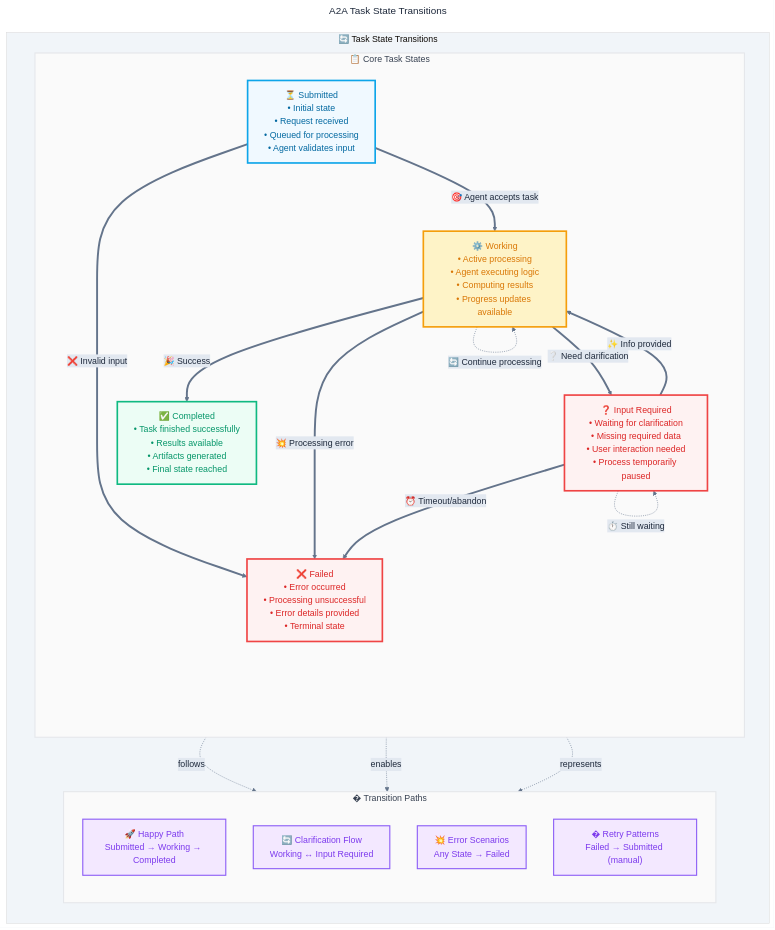
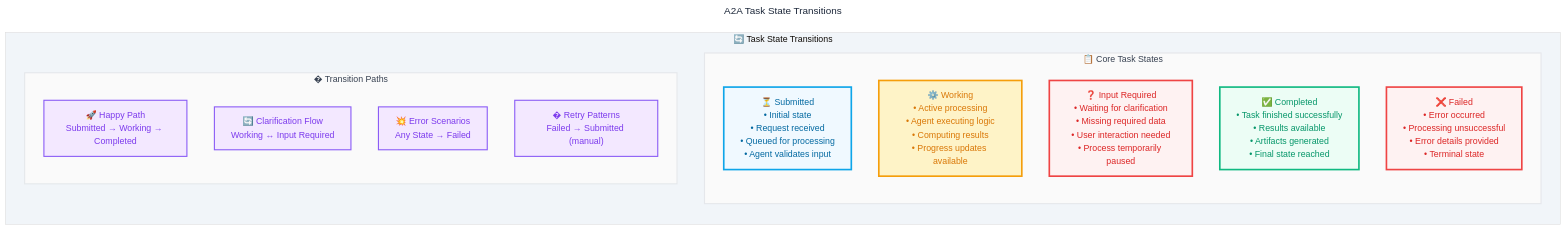
Before and after one commit to raphaelmansuy/tutorials: the tenth of 23 diagrams in 28-a2a.md, drawn with Mermaid. The commit also changed other lines of this file and 1 other file, not shown here.

Commit message:
Refactor A2A documentation by removing redundant flowchart transitions and enhancing task event monitoring section for clarity

````diff
--- a/28-a2a.md
+++ b/28-a2a.md
@@ -561,73 +561,55 @@
 ```mermaid
 ---
 title: A2A Task State Transitions
 config:
   theme: base
   themeVariables:
     primaryColor: '#f8fafc'
     primaryTextColor: '#1e293b'
     primaryBorderColor: '#475569'
     lineColor: '#64748b'
     secondaryColor: '#e2e8f0'
     tertiaryColor: '#f1f5f9'
 ---
 flowchart TD
     subgraph "🔄 Task State Transitions"
         direction TB
 
         subgraph STATES ["📋 Core Task States"]
             direction TB
             ST1["⏳ Submitted<br/>• Initial state<br/>• Request received<br/>• Queued for processing<br/>• Agent validates input"]
             ST2["⚙️ Working<br/>• Active processing<br/>• Agent executing logic<br/>• Computing results<br/>• Progress updates available"]
             ST3["❓ Input Required<br/>• Waiting for clarification<br/>• Missing required data<br/>• User interaction needed<br/>• Process temporarily paused"]
             ST4["✅ Completed<br/>• Task finished successfully<br/>• Results available<br/>• Artifacts generated<br/>• Final state reached"]
             ST5["❌ Failed<br/>• Error occurred<br/>• Processing unsuccessful<br/>• Error details provided<br/>• Terminal state"]
         end
 
         subgraph PATHS ["�️ Transition Paths"]
             direction TB
             P1["🚀 Happy Path<br/>Submitted → Working → Completed"]
             P2["🔄 Clarification Flow<br/>Working ↔ Input Required"]
             P3["💥 Error Scenarios<br/>Any State → Failed"]
             P4["� Retry Patterns<br/>Failed → Submitted (manual)"]
         end
     end
 
-    %% Primary state transitions
-    ST1 ==>|"🎯 Agent accepts task"| ST2
-    ST2 ==>|"❔ Need clarification"| ST3
-    ST3 ==>|"✨ Info provided"| ST2
-    ST2 ==>|"🎉 Success"| ST4
 
-    %% Error transitions
-    ST1 ==>|"❌ Invalid input"| ST5
-    ST2 ==>|"💥 Processing error"| ST5
-    ST3 ==>|"⏰ Timeout/abandon"| ST5
-
-    %% Self-loops for ongoing states
-    ST2 -.->|"🔄 Continue processing"| ST2
-    ST3 -.->|"⏱️ Still waiting"| ST3
-
-    %% Path indicators
-    ST1 -.->|"follows"| P1
-    ST2 -.->|"enables"| P2
-    ST5 -.->|"represents"| P3
 
     %% Styling
     classDef submitted fill:#f0f9ff,stroke:#0ea5e9,stroke-width:3px,color:#0369a1
     classDef working fill:#fef3c7,stroke:#f59e0b,stroke-width:3px,color:#d97706
     classDef inputRequired fill:#fef2f2,stroke:#ef4444,stroke-width:3px,color:#dc2626
     classDef completed fill:#ecfdf5,stroke:#10b981,stroke-width:3px,color:#059669
     classDef failed fill:#fef2f2,stroke:#ef4444,stroke-width:3px,color:#dc2626
     classDef paths fill:#f3e8ff,stroke:#8b5cf6,stroke-width:2px,color:#7c3aed
     classDef subgraphStyle fill:#fafafa,stroke:#e5e7eb,stroke-width:2px,color:#374151
 
     %% Apply styles
     class ST1 submitted
     class ST2 working
     class ST3 inputRequired
     class ST4 completed
     class ST5 failed
     class P1,P2,P3,P4 paths
     class STATES,PATHS subgraphStyle
 ```
````
